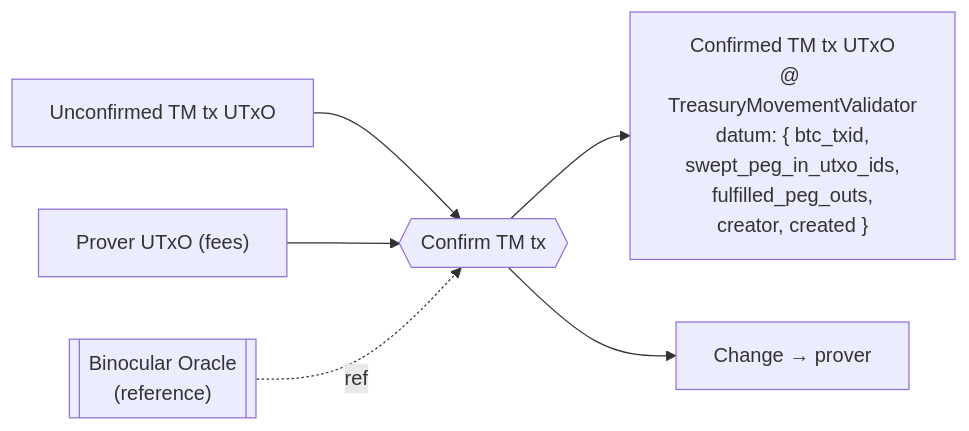
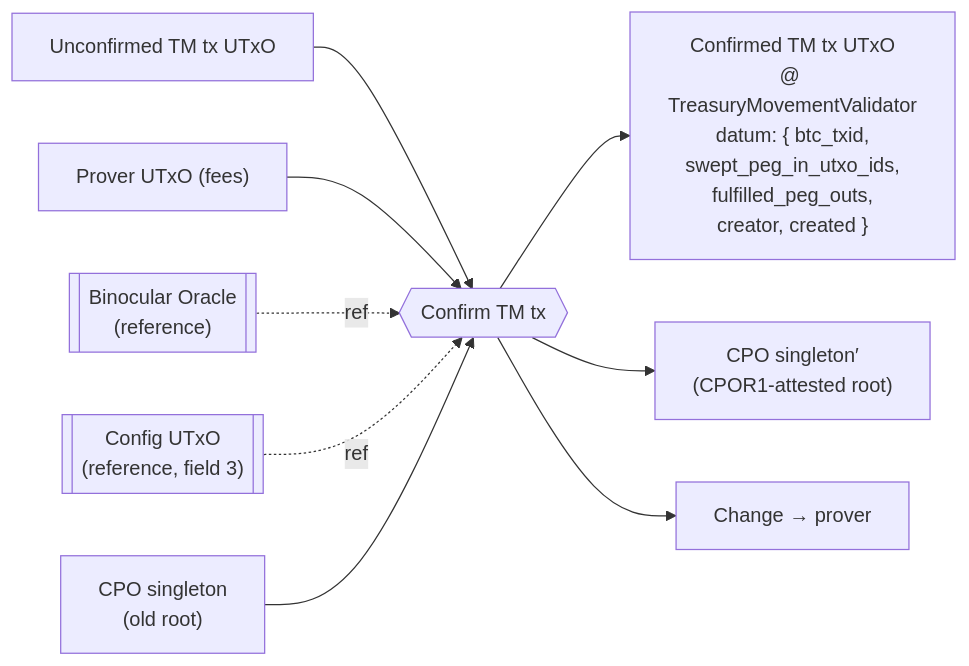
Diagram 15 of 20 in documentation/technical_documentation.md (rssh/ft-bifrost-bridge), drawn with Mermaid before and after one commit. The commit also changed other lines of this file and 1 other file, not shown here.

````diff
--- a/documentation/technical_documentation.md
+++ b/documentation/technical_documentation.md
@@ -1810,8 +1891,11 @@
 ```mermaid
 flowchart LR
   unconf["Unconfirmed TM tx UTxO"] --> tx{{"Confirm TM tx"}}
   prover["Prover UTxO (fees)"] --> tx
   binoc[["Binocular Oracle<br/>(reference)"]] -. ref .-> tx
+  cfg_ref[["Config UTxO<br/>(reference, field 3)"]] -. ref .-> tx
+  cpo_in["CPO singleton<br/>(old root)"] --> tx
   tx --> conf["Confirmed TM tx UTxO<br/>@ TreasuryMovementValidator<br/>datum: { btc_txid,<br/>swept_peg_in_utxo_ids,<br/>fulfilled_peg_outs,<br/>creator, created }"]
+  tx --> cpo_out["CPO singleton′<br/>(CPOR1-attested root)"]
   tx --> change["Change → prover"]
 ```
````
